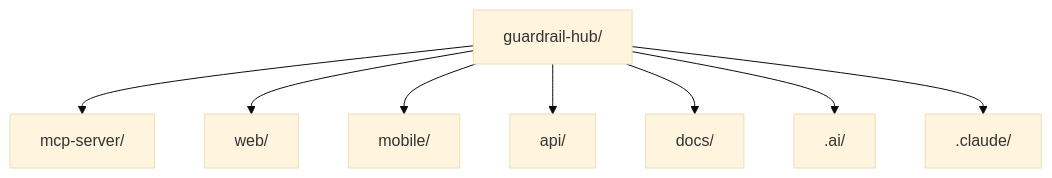
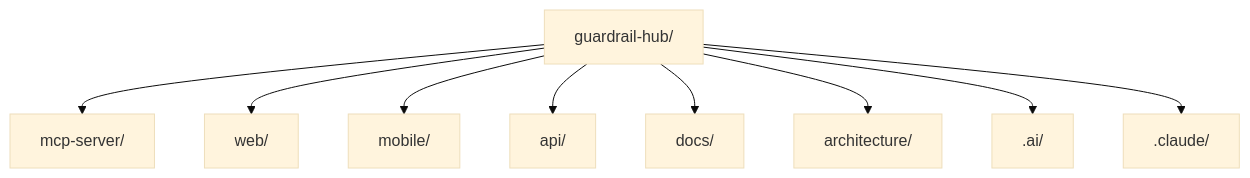
One commit to DeathHunterX/guardrail-hub changed the diagram in .ai/intelligence/project-map.md. Above: the diagram before and after it, drawn with Mermaid (base theme). The commit also changed other lines of this file and 58 other files, not shown here.

````diff
--- a/.ai/intelligence/project-map.md
+++ b/.ai/intelligence/project-map.md
@@ -16,10 +16,11 @@
 ```mermaid
 graph TD
     Root[guardrail-hub/] --> MCP[mcp-server/]
     Root --> Web[web/]
     Root --> Mobile[mobile/]
     Root --> Api[api/]
     Root --> Docs[docs/]
+    Root --> Architecture[architecture/]
     Root --> AI[.ai/]
     Root --> ClaudeDir[.claude/]
 ```
````
